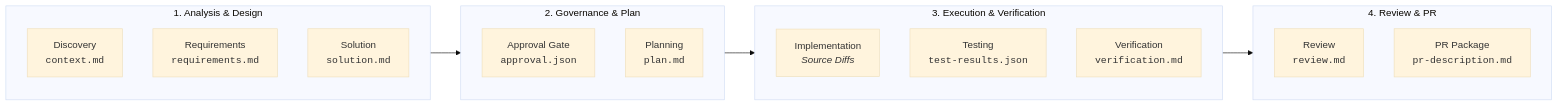
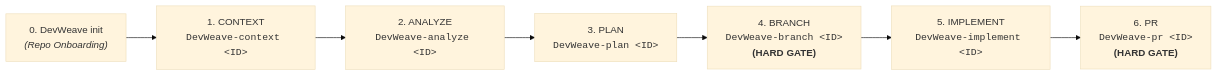
The third of 6 diagrams in docs/getting-started.md (paarthivnaik/DevWeave), drawn with Mermaid (base theme) before and after one commit. The commit also changed other lines of this file and 17 other files, not shown here.

Commit message:
feat(workflow): synchronize DevWeave with canonical 6-phase lifecycle, fix lane, modernization lane, and HITL governance

````diff
--- a/docs/getting-started.md
+++ b/docs/getting-started.md
@@ -247,26 +94,9 @@
 ```mermaid
 flowchart LR
-    subgraph Analysis["1. Analysis & Design"]
-        A1["Discovery<br><code>context.md</code>"]
-        A2["Requirements<br><code>requirements.md</code>"]
-        A3["Solution<br><code>solution.md</code>"]
-    end
-
-    subgraph Governance["2. Governance & Plan"]
-        G1["Approval Gate<br><code>approval.json</code>"]
-        G2["Planning<br><code>plan.md</code>"]
-    end
-
-    subgraph Execution["3. Execution & Verification"]
-        E1["Implementation<br><i>Source Diffs</i>"]
-        E2["Testing<br><code>test-results.json</code>"]
-        E3["Verification<br><code>verification.md</code>"]
-    end
-
-    subgraph Delivery["4. Review & PR"]
-        D1["Review<br><code>review.md</code>"]
-        D2["PR Package<br><code>pr-description.md</code>"]
-    end
-
-    Analysis --> Governance --> Execution --> Delivery
+    INIT["0. DevWeave init<br><i>(Repo Onboarding)</i>"] --> P1["1. CONTEXT<br><code>DevWeave-context &lt;ID&gt;</code>"]
+    P1 --> P2["2. ANALYZE<br><code>DevWeave-analyze &lt;ID&gt;</code>"]
+    P2 --> P3["3. PLAN<br><code>DevWeave-plan &lt;ID&gt;</code>"]
+    P3 --> P4["4. BRANCH<br><code>DevWeave-branch &lt;ID&gt;</code><br><b>(HARD GATE)</b>"]
+    P4 --> P5["5. IMPLEMENT<br><code>DevWeave-implement &lt;ID&gt;</code>"]
+    P5 --> P6["6. PR<br><code>DevWeave-pr &lt;ID&gt;</code><br><b>(HARD GATE)</b>"]
 ```
````
